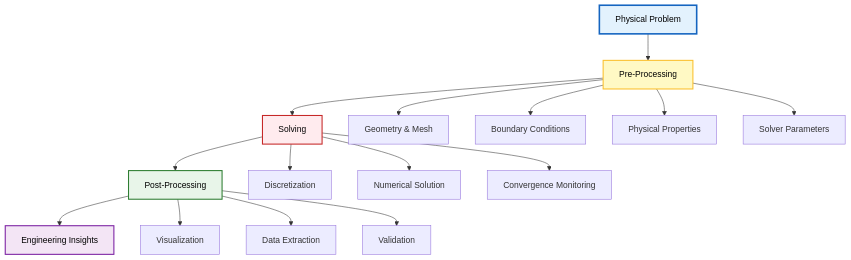
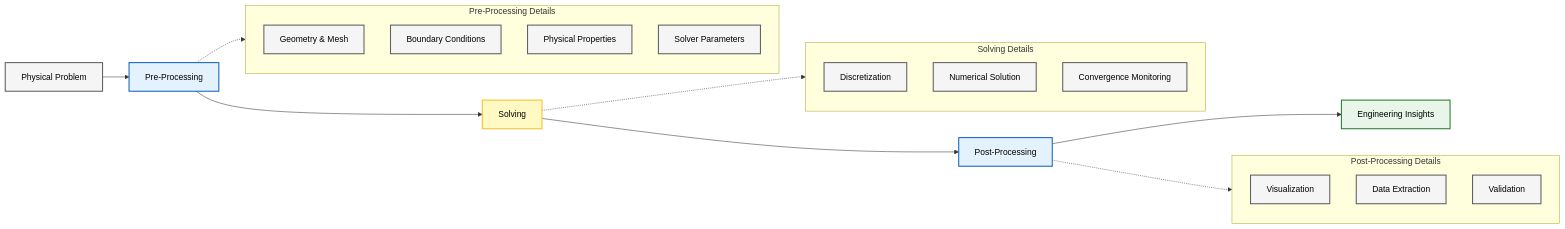
Before and after one commit to wramet/build-my-cfd: the first of 4 diagrams in MODULE_01_CFD_FUNDAMENTALS/CONTENT/04_FIRST_SIMULATION/02_The_Workflow.md, drawn with Mermaid. The commit also changed other lines of this file and 313 other files, not shown here.

Commit message:
Revise all diagram

````diff
--- a/MODULE_01_CFD_FUNDAMENTALS/CONTENT/04_FIRST_SIMULATION/02_The_Workflow.md
+++ b/MODULE_01_CFD_FUNDAMENTALS/CONTENT/04_FIRST_SIMULATION/02_The_Workflow.md
@@ -6,26 +6,35 @@
 ```mermaid
-flowchart TD
-    A["Physical Problem"] --> B["Pre-Processing"]
-    B --> C["Solving"]
-    C --> D["Post-Processing"]
-    D --> E["Engineering Insights"]
+flowchart LR
+    A["Physical Problem"]:::context --> B["Pre-Processing"]:::implicit
+    B --> C["Solving"]:::explicit
+    C --> D["Post-Processing"]:::implicit
+    D --> E["Engineering Insights"]:::success
+    
+    subgraph PreDetails["Pre-Processing Details"]
+        B1["Geometry & Mesh"]:::context
+        B2["Boundary Conditions"]:::context
+        B3["Physical Properties"]:::context
+        B4["Solver Parameters"]:::context
+    end
+    
+    subgraph SolveDetails["Solving Details"]
+        C1["Discretization"]:::context
+        C2["Numerical Solution"]:::context
+        C3["Convergence Monitoring"]:::context
+    end
+    
+    subgraph PostDetails["Post-Processing Details"]
+        D1["Visualization"]:::context
+        D2["Data Extraction"]:::context
+        D3["Validation"]:::context
+    end
+    
+    B -.-> PreDetails
+    C -.-> SolveDetails
+    D -.-> PostDetails
 
-    B --> B1["Geometry & Mesh"]
-    B --> B2["Boundary Conditions"]
-    B --> B3["Physical Properties"]
-    B --> B4["Solver Parameters"]
-
-    C --> C1["Discretization"]
-    C --> C2["Numerical Solution"]
-    C --> C3["Convergence Monitoring"]
-
-    D --> D1["Visualization"]
-    D --> D2["Data Extraction"]
-    D --> D3["Validation"]
-
-    style A fill:#e3f2fd,stroke:#1565c0,stroke-width:3px,color:#000
-    style B fill:#fff9c4,stroke:#fbc02d,stroke-width:2px,color:#000
-    style C fill:#ffebee,stroke:#c62828,stroke-width:2px,color:#000
-    style D fill:#e8f5e9,stroke:#2e7d32,stroke-width:2px,color:#000
-    style E fill:#f3e5f5,stroke:#7b1fa2,stroke-width:2px,color:#000
+    classDef context fill:#f5f5f5,stroke:#616161,stroke-width:2px,color:#000;
+    classDef implicit fill:#e3f2fd,stroke:#1565c0,stroke-width:2px,color:#000;
+    classDef explicit fill:#fff9c4,stroke:#fbc02d,stroke-width:2px,color:#000;
+    classDef success fill:#e8f5e9,stroke:#2e7d32,stroke-width:2px,color:#000;
 ```
````
